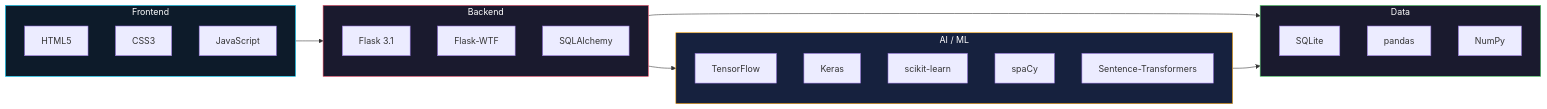
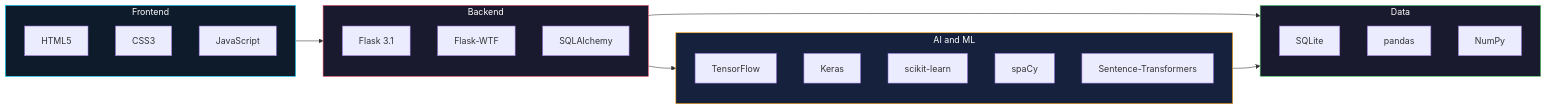
The third of 6 diagrams in README.md (FahadhCodes/project_AIRES), drawn with Mermaid before and after one commit. The commit also changed other lines of this file, not shown here.

````diff
--- a/README.md
+++ b/README.md
@@ -201,38 +200,38 @@
 ```mermaid
 flowchart LR
     subgraph Frontend
         HTML["HTML5"]
         CSS["CSS3"]
         JSS["JavaScript"]
     end
 
     subgraph Backend
         FLASK2["Flask 3.1"]
         WTF["Flask-WTF"]
         SA["SQLAlchemy"]
     end
 
-    subgraph AI["AI / ML"]
+    subgraph AI_ML["AI and ML"]
         TF["TensorFlow"]
         KERAS["Keras"]
         SKLEARN["scikit-learn"]
         SPACY["spaCy"]
         ST["Sentence-Transformers"]
     end
 
     subgraph Data
         SQLITE2["SQLite"]
         PANDAS["pandas"]
         NUMPY["NumPy"]
     end
 
     Frontend --> Backend
-    Backend --> AI
+    Backend --> AI_ML
     Backend --> Data
-    AI --> Data
+    AI_ML --> Data
 
     style Frontend fill:#0d1b2a,stroke:#00d4ff,color:#fff
     style Backend fill:#1a1a2e,stroke:#e94560,color:#fff
-    style AI fill:#16213e,stroke:#ffa500,color:#fff
+    style AI_ML fill:#16213e,stroke:#ffa500,color:#fff
     style Data fill:#1a1a2e,stroke:#53d769,color:#fff
 ```
````
